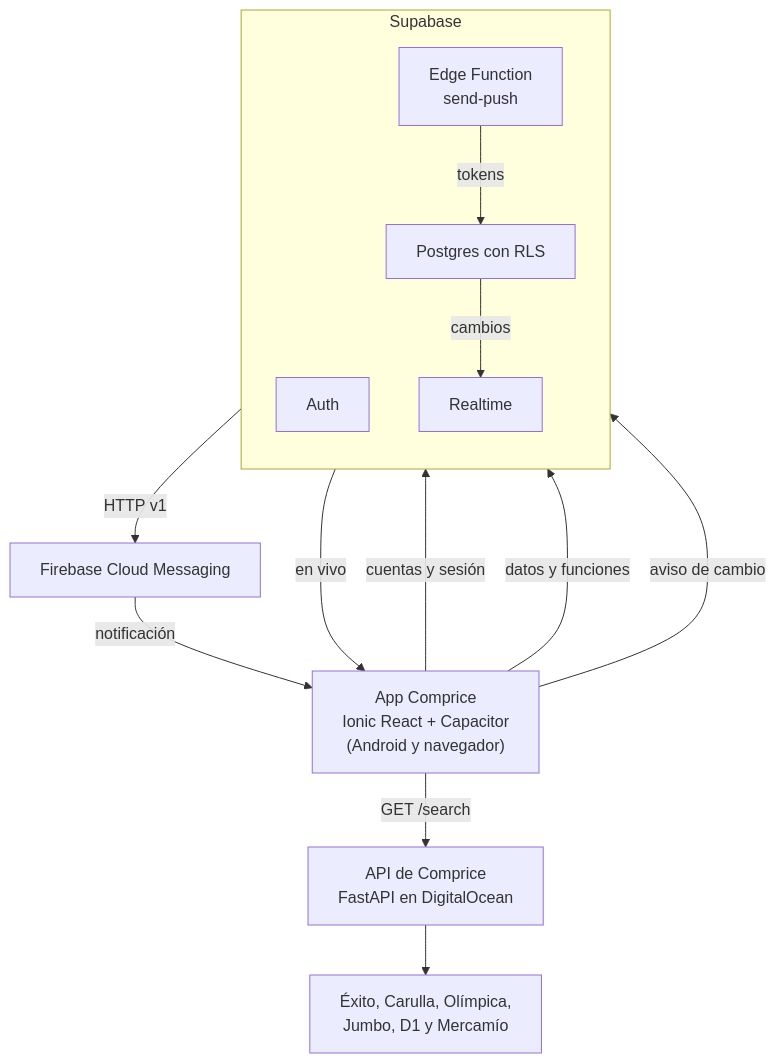
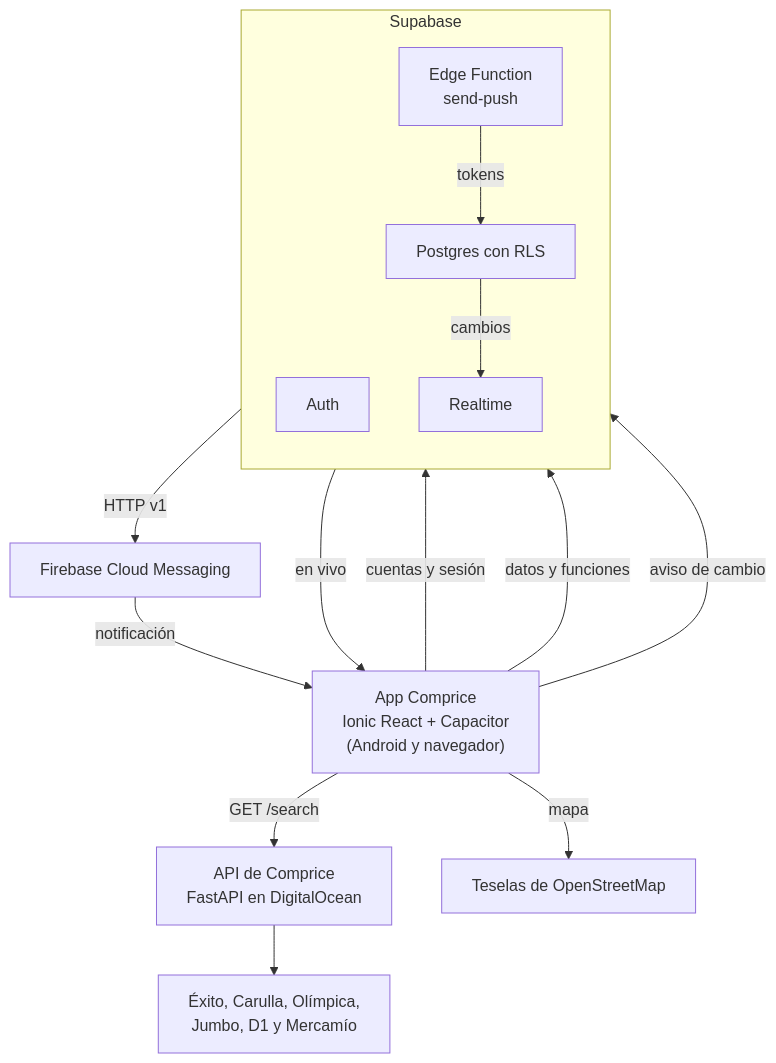
Before and after one commit to yeigen/desarrollo-app: the diagram in docs/alcance.md, drawn with Mermaid. The commit also changed other lines of this file, not shown here.

Commit message:
docs(mapa): actualizar alcance

````diff
--- a/docs/alcance.md
+++ b/docs/alcance.md
@@ -48,25 +49,27 @@
 ```mermaid
 flowchart TB
   App["App Comprice<br/>Ionic React + Capacitor<br/>(Android y navegador)"]
   API["API de Comprice<br/>FastAPI en DigitalOcean"]
   Tiendas["Éxito, Carulla, Olímpica,<br/>Jumbo, D1 y Mercamío"]
   subgraph Supabase
     direction TB
     Auth["Auth"]
     DB["Postgres con RLS"]
     RT["Realtime"]
     Fn["Edge Function<br/>send-push"]
   end
   FCM["Firebase Cloud Messaging"]
+  OSM["Teselas de OpenStreetMap"]
 
   App -- "GET /search" --> API
   API --> Tiendas
   App -- "cuentas y sesión" --> Auth
   App -- "datos y funciones" --> DB
   DB -- "cambios" --> RT
   RT -- "en vivo" --> App
   App -- "aviso de cambio" --> Fn
   Fn -- "tokens" --> DB
   Fn -- "HTTP v1" --> FCM
   FCM -- "notificación" --> App
+  App -- "mapa" --> OSM
 ```
````
